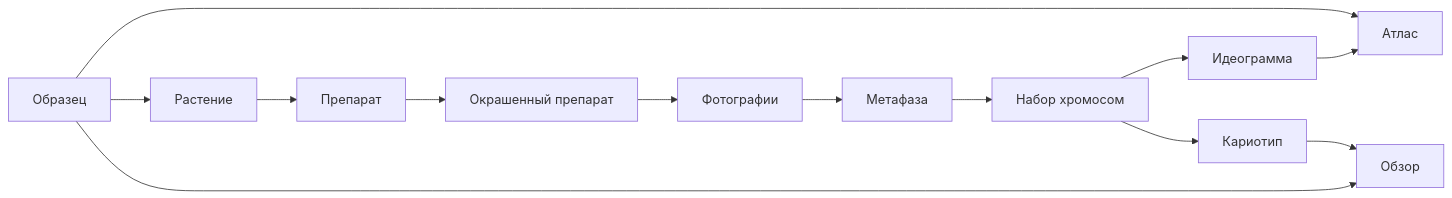
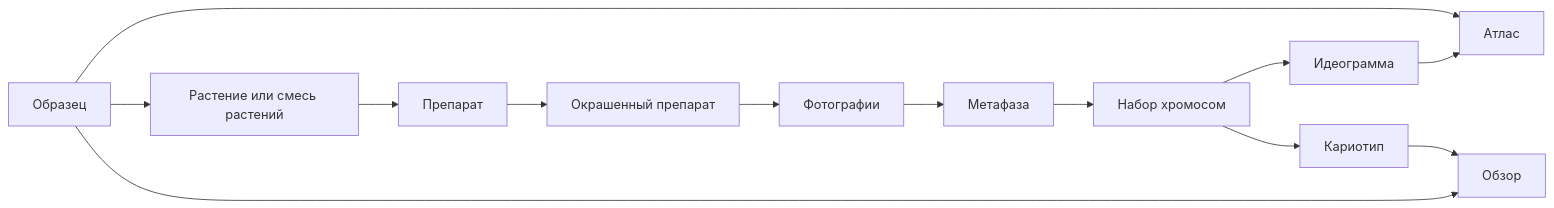
One commit to Sycheslav/karyolab changed the diagram in docs/журнал/README.md. Above: the diagram before and after it, drawn with Mermaid. The commit also changed other lines of this file and 85 other files, not shown here.

````diff
--- a/docs/журнал/README.md
+++ b/docs/журнал/README.md
@@ -24,15 +24,15 @@
 ```mermaid
 flowchart LR
-    Sample["Образец"] --> Plant["Растение"]
+    Sample["Образец"] --> Plant["Растение или смесь растений"]
     Plant --> Preparation["Препарат"]
     Preparation --> StainedPreparation["Окрашенный препарат"]
     StainedPreparation --> Photo["Фотографии"]
     Photo --> Metaphase["Метафаза"]
     Metaphase --> ChromosomeSet["Набор хромосом"]
     ChromosomeSet --> Ideogram["Идеограмма"]
     ChromosomeSet --> Karyotype["Кариотип"]
     Karyotype --> Overview["Обзор"]
     Sample --> Overview
     Sample --> Atlas["Атлас"]
     Ideogram --> Atlas
 ```
````
